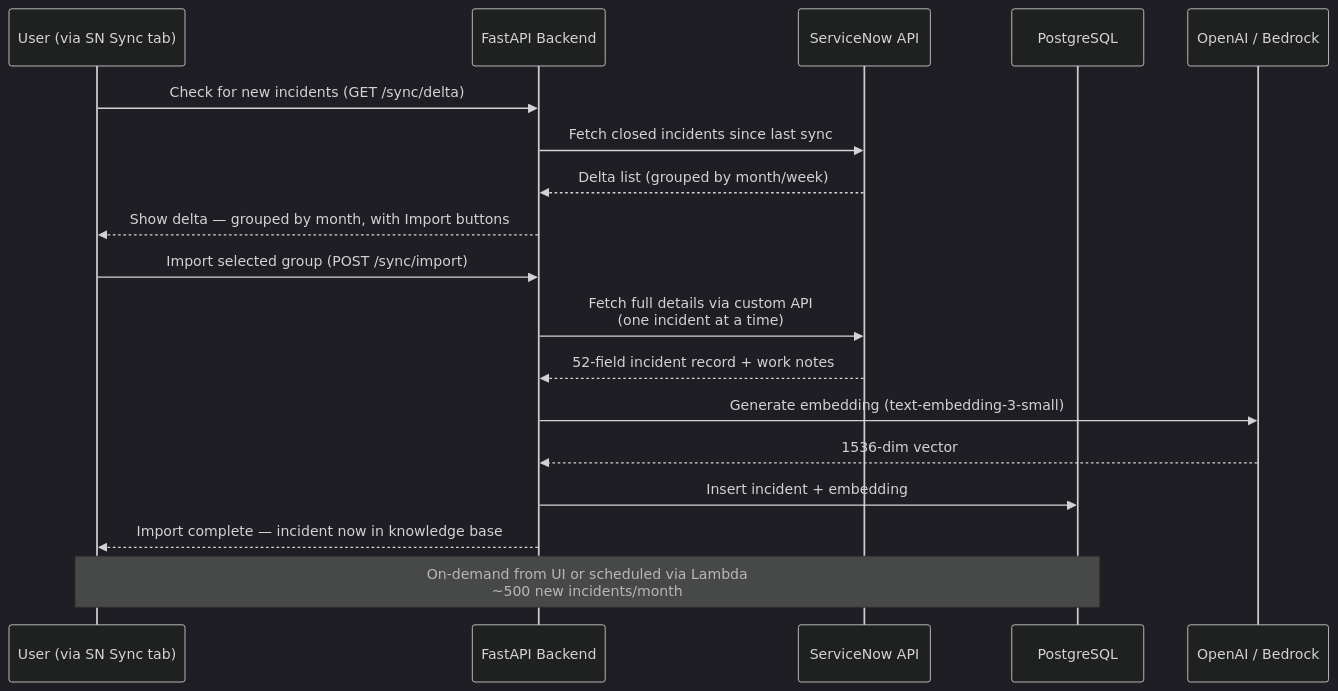
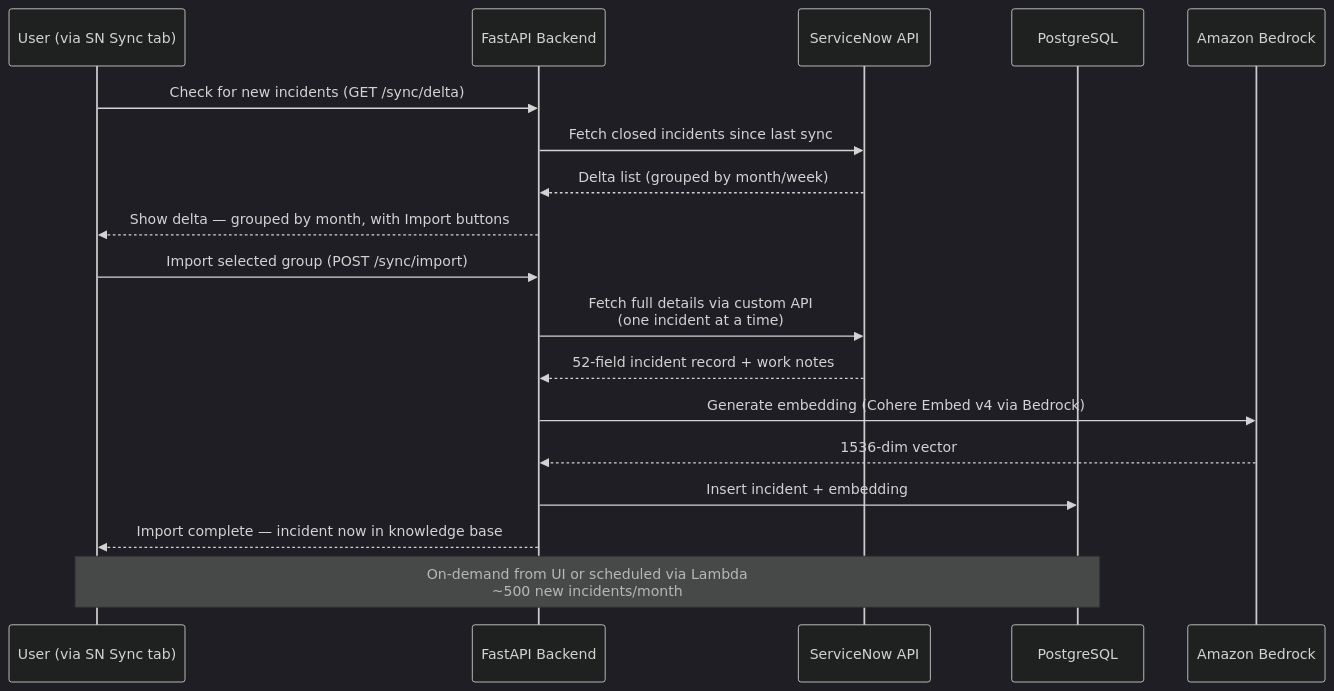
One commit to bounteousyogesh/rexus changed the third of 4 diagrams in docs/deployment-architecture-aws.md. Above: the diagram before and after it, drawn with Mermaid (dark theme). The commit also changed other lines of this file and 65 other files, not shown here.

````diff
--- a/docs/deployment-architecture-aws.md
+++ b/docs/deployment-architecture-aws.md
@@ -81,25 +87,25 @@
 ```mermaid
 sequenceDiagram
     participant User as User (via SN Sync tab)
     participant API as FastAPI Backend
     participant SN as ServiceNow API
     participant DB as PostgreSQL
-    participant LLM as OpenAI / Bedrock
+    participant LLM as Amazon Bedrock
 
     User->>API: Check for new incidents (GET /sync/delta)
     API->>SN: Fetch closed incidents since last sync
     SN-->>API: Delta list (grouped by month/week)
     API-->>User: Show delta — grouped by month, with Import buttons
 
     User->>API: Import selected group (POST /sync/import)
     API->>SN: Fetch full details via custom API<br/>(one incident at a time)
     SN-->>API: 52-field incident record + work notes
 
-    API->>LLM: Generate embedding (text-embedding-3-small)
+    API->>LLM: Generate embedding (Cohere Embed v4 via Bedrock)
     LLM-->>API: 1536-dim vector
 
     API->>DB: Insert incident + embedding
     API-->>User: Import complete — incident now in knowledge base
 
     Note over User,DB: On-demand from UI or scheduled via Lambda<br/>~500 new incidents/month
 ```
````
